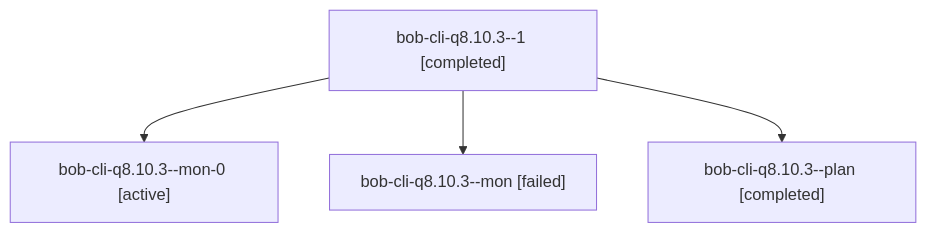
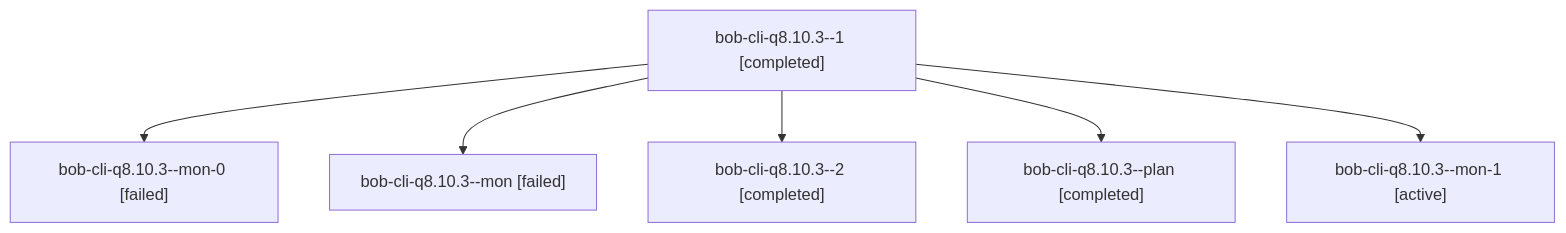
Before and after one commit to bobs-org/bob-cli--agents: the diagram in sessions/bbugyi200.apollo.bob-cli-q8.10.3.md, drawn with Mermaid. The commit also changed other lines of this file and 42 other files, not shown here.

````diff
--- a/sessions/bbugyi200.apollo.bob-cli-q8.10.3.md
+++ b/sessions/bbugyi200.apollo.bob-cli-q8.10.3.md
@@ -9,10 +9,14 @@
 ```mermaid
 flowchart TD
   n0["bob-cli-q8.10.3--1 [completed]"]
-  n1["bob-cli-q8.10.3--mon-0 [active]"]
+  n1["bob-cli-q8.10.3--mon-0 [failed]"]
   n0 --> n1
   n2["bob-cli-q8.10.3--mon [failed]"]
   n0 --> n2
-  n3["bob-cli-q8.10.3--plan [completed]"]
+  n3["bob-cli-q8.10.3--2 [completed]"]
   n0 --> n3
+  n4["bob-cli-q8.10.3--plan [completed]"]
+  n0 --> n4
+  n5["bob-cli-q8.10.3--mon-1 [active]"]
+  n0 --> n5
 ```
````
